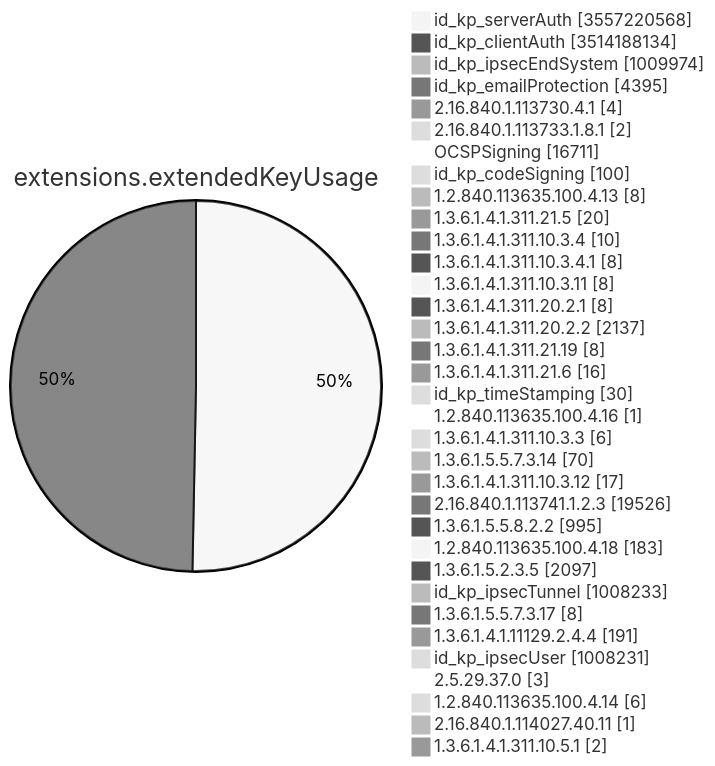
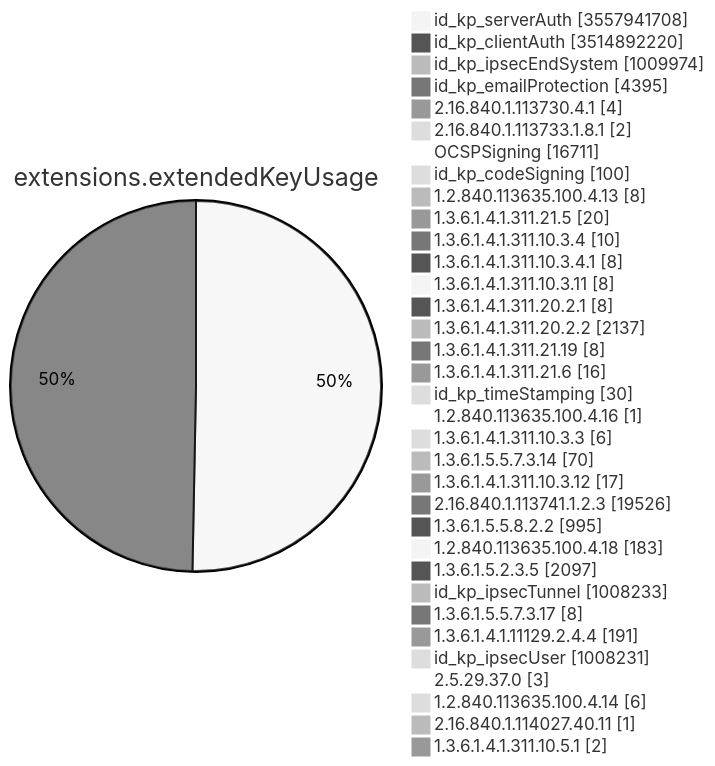
Diagram 11 of 15 in TOTAL/README.md (christiankrug/ctmonitor_visualization), drawn with Mermaid (neutral theme) before and after one commit. The commit also changed other lines of this file, not shown here.

````diff
--- a/TOTAL/README.md
+++ b/TOTAL/README.md
@@ -4128,38 +4128,38 @@
 ```mermaid
 pie showData
 title extensions.extendedKeyUsage
-"id_kp_serverAuth" :3557220568
-"id_kp_clientAuth" :3514188134
+"id_kp_serverAuth" :3557941708
+"id_kp_clientAuth" :3514892220
 "id_kp_ipsecEndSystem" :1009974
 "id_kp_emailProtection" :4395
 "2.16.840.1.113730.4.1" :4
 "2.16.840.1.113733.1.8.1" :2
 "OCSPSigning" :16711
 "id_kp_codeSigning" :100
 "1.2.840.113635.100.4.13" :8
 "1.3.6.1.4.1.311.21.5" :20
 "1.3.6.1.4.1.311.10.3.4" :10
 "1.3.6.1.4.1.311.10.3.4.1" :8
 "1.3.6.1.4.1.311.10.3.11" :8
 "1.3.6.1.4.1.311.20.2.1" :8
 "1.3.6.1.4.1.311.20.2.2" :2137
 "1.3.6.1.4.1.311.21.19" :8
 "1.3.6.1.4.1.311.21.6" :16
 "id_kp_timeStamping" :30
 "1.2.840.113635.100.4.16" :1
 "1.3.6.1.4.1.311.10.3.3" :6
 "1.3.6.1.5.5.7.3.14" :70
 "1.3.6.1.4.1.311.10.3.12" :17
 "2.16.840.1.113741.1.2.3" :19526
 "1.3.6.1.5.5.8.2.2" :995
 "1.2.840.113635.100.4.18" :183
 "1.3.6.1.5.2.3.5" :2097
 "id_kp_ipsecTunnel" :1008233
 "1.3.6.1.5.5.7.3.17" :8
 "1.3.6.1.4.1.11129.2.4.4" :191
 "id_kp_ipsecUser" :1008231
 "2.5.29.37.0" :3
 "1.2.840.113635.100.4.14" :6
 "2.16.840.1.114027.40.11" :1
 "1.3.6.1.4.1.311.10.5.1" :2
 ```
````
